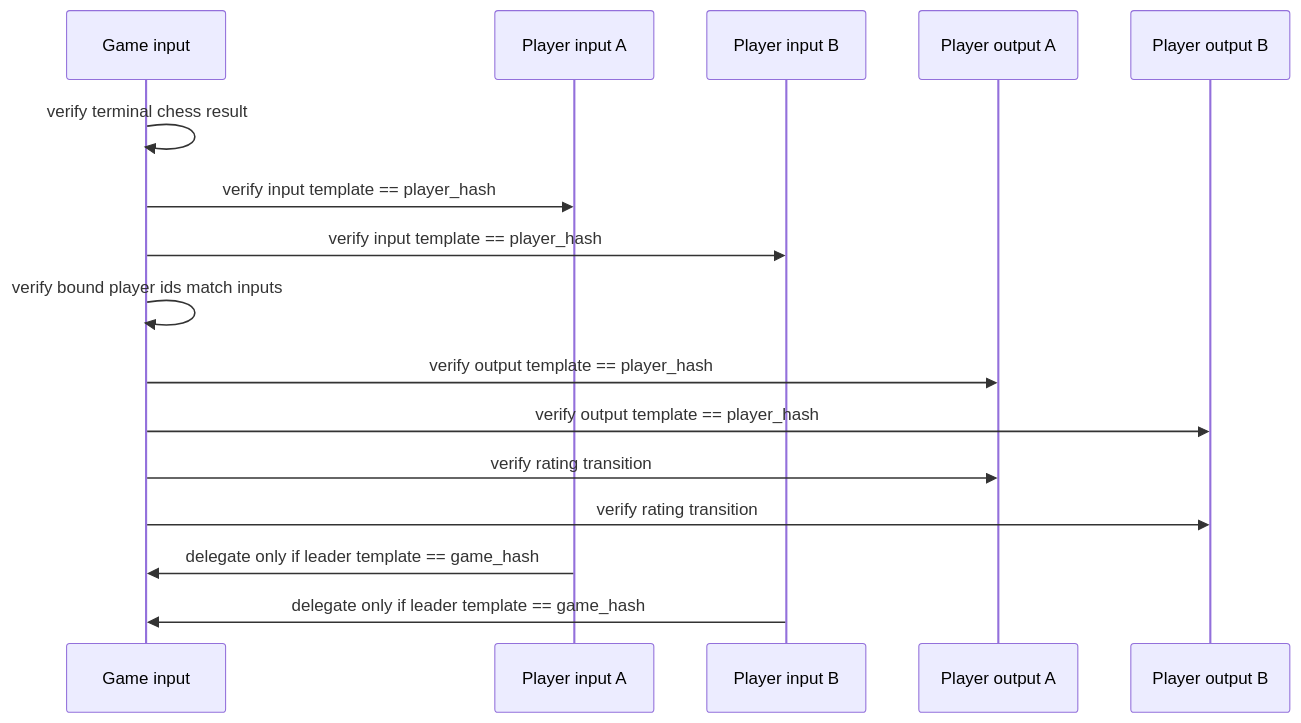
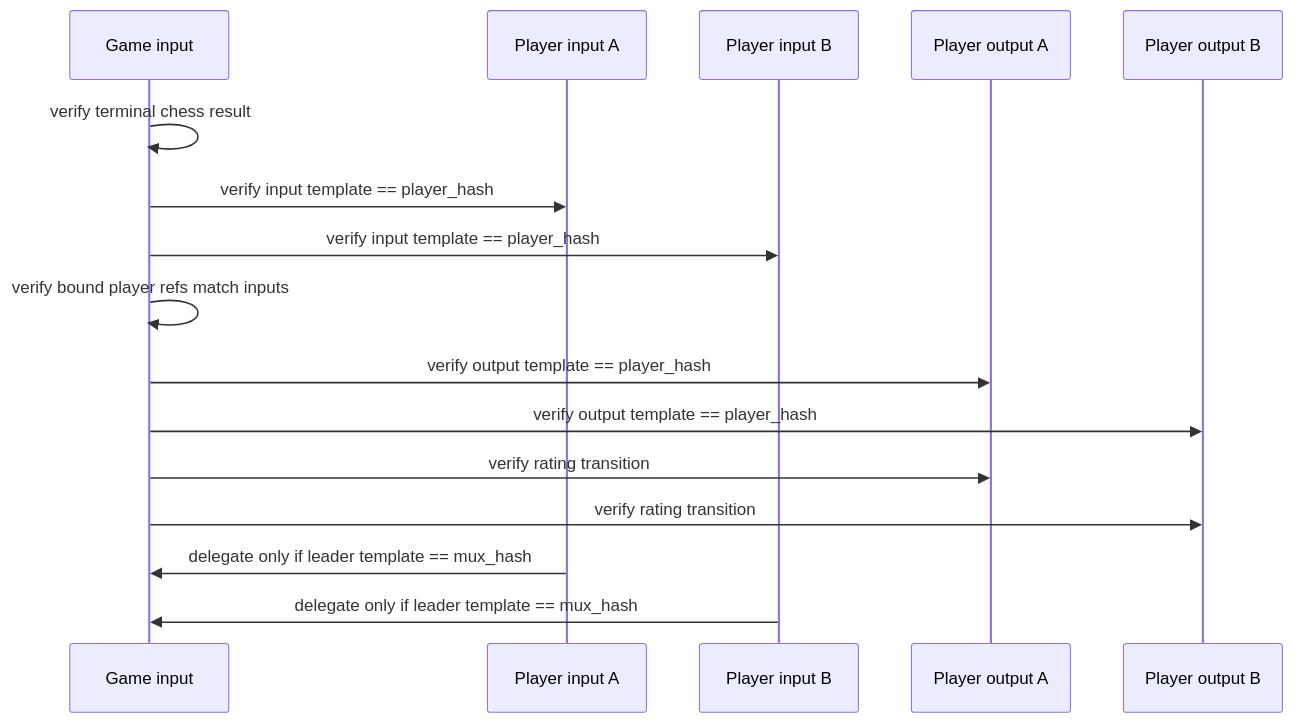
The diagram in examples/chess/book/src/settlement.md (michaelsutton/silverscript), drawn with Mermaid before and after one commit. The commit also changed 4 other files, not shown here.

Commit message:
add player-led game start flow

````diff
--- a/examples/chess/book/src/settlement.md
+++ b/examples/chess/book/src/settlement.md
@@ -12,20 +12,20 @@
 ```mermaid
 sequenceDiagram
     participant G as Game input
     participant PW as Player input A
     participant PB as Player input B
     participant OW as Player output A
     participant OB as Player output B
 
     G->>G: verify terminal chess result
     G->>PW: verify input template == player_hash
     G->>PB: verify input template == player_hash
-    G->>G: verify bound player ids match inputs
+    G->>G: verify bound player refs match inputs
     G->>OW: verify output template == player_hash
     G->>OB: verify output template == player_hash
     G->>OW: verify rating transition
     G->>OB: verify rating transition
 
-    PW->>G: delegate only if leader template == game_hash
-    PB->>G: delegate only if leader template == game_hash
+    PW->>G: delegate only if leader template == mux_hash
+    PB->>G: delegate only if leader template == mux_hash
 ```
````
